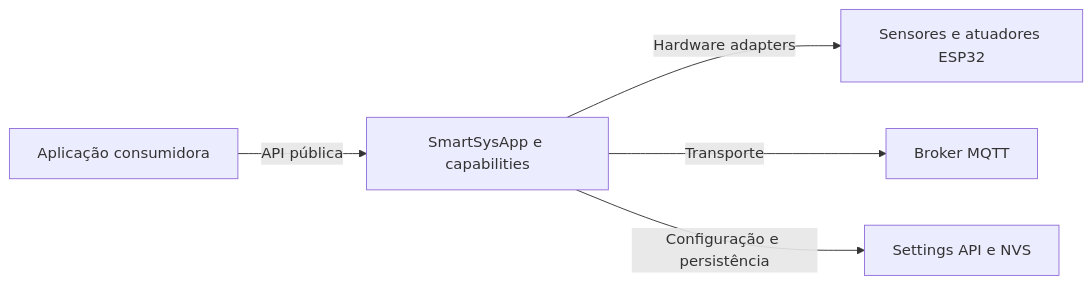
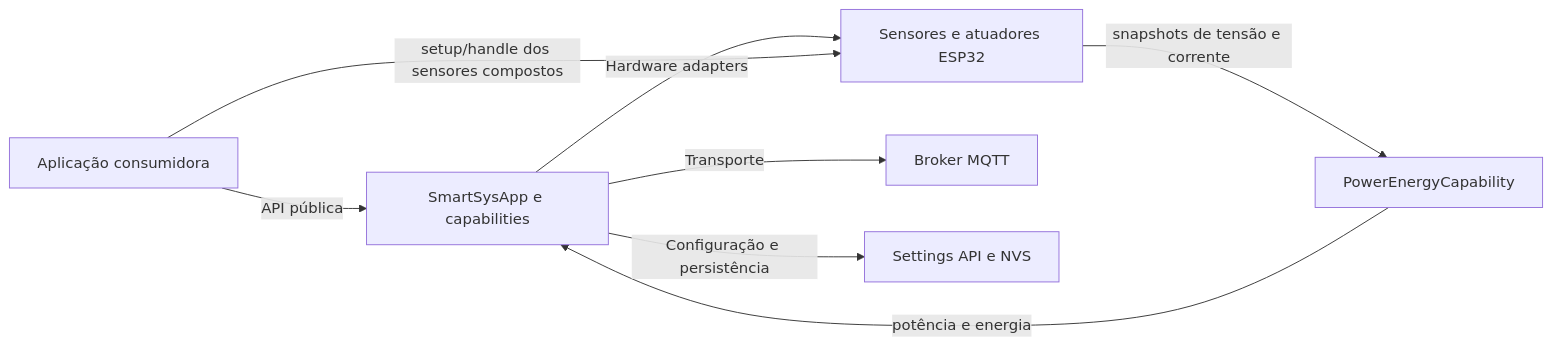
The diagram in docs/rfc/KNOWLEDGE-MAP.md (iotsmartsys/IoTSmartSysCore), drawn with Mermaid before and after one commit. The commit also changed other lines of this file and 2 other files, not shown here.

Commit message:
docs: specify PowerEnergyCapability

````diff
--- a/docs/rfc/KNOWLEDGE-MAP.md
+++ b/docs/rfc/KNOWLEDGE-MAP.md
@@ -84,7 +96,10 @@
 ```mermaid
 flowchart LR
     APP["Aplicação consumidora"] -->|"API pública"| CORE["SmartSysApp e capabilities"]
     CORE -->|"Hardware adapters"| HW["Sensores e atuadores ESP32"]
+    APP -->|"setup/handle dos sensores compostos"| HW
+    HW -->|"snapshots de tensão e corrente"| POWER["PowerEnergyCapability"]
+    POWER -->|"potência e energia"| CORE
     CORE -->|"Transporte"| MQTT["Broker MQTT"]
     CORE -->|"Configuração e persistência"| SETTINGS["Settings API e NVS"]
 ```
````
